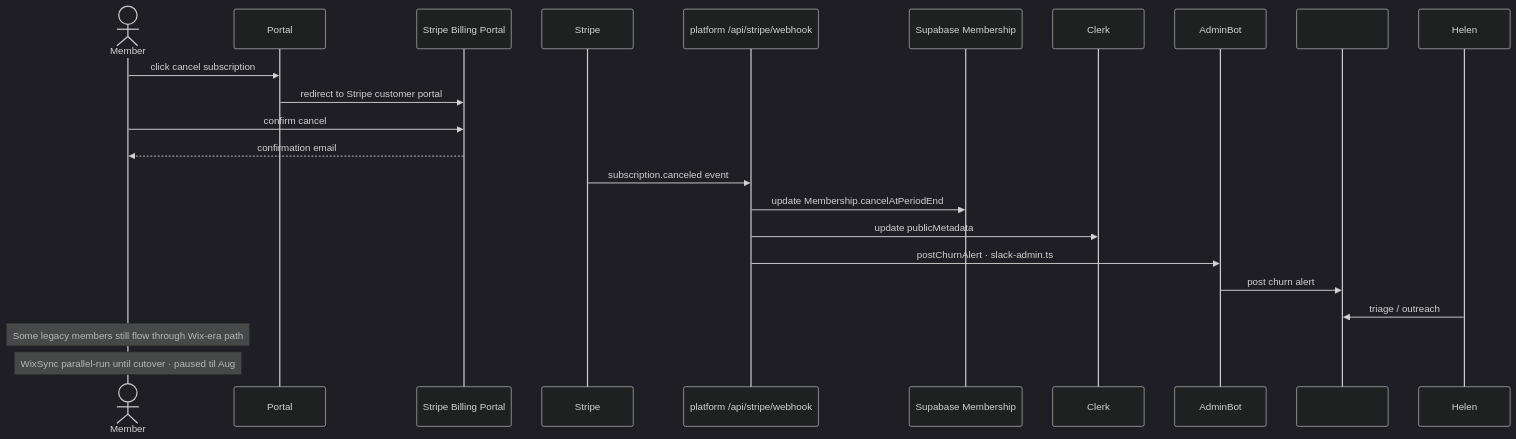
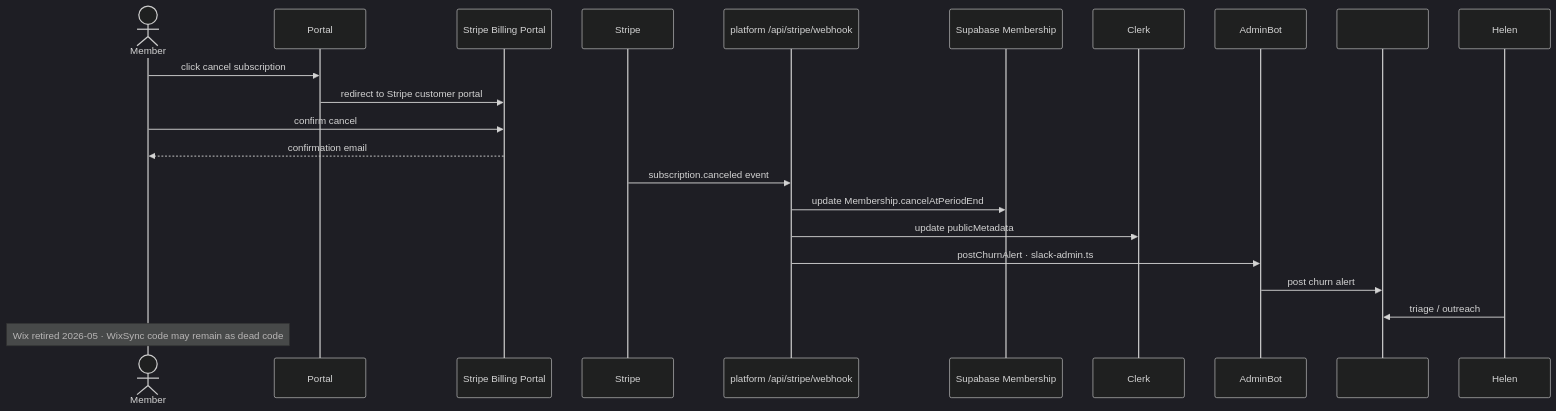
The eighth of 14 diagrams in dev-agent/design/team-os/pass-1/02-process-flows.md (mgbotoe/agents), drawn with Mermaid (dark theme) before and after one commit. The commit also changed other lines of this file and 5 other files, not shown here.

````diff
--- a/dev-agent/design/team-os/pass-1/02-process-flows.md
+++ b/dev-agent/design/team-os/pass-1/02-process-flows.md
@@ -307,26 +309,25 @@
 ```mermaid
 sequenceDiagram
  actor M as Member
  participant Portal
  participant StripePortal as Stripe Billing Portal
  participant Stripe
  participant WebhookHandler as platform /api/stripe/webhook
  participant DB as Supabase Membership
  participant Clerk
  participant AdminBot
  participant AdminCh as #devops-admin-mgmt
  participant Helen
 
  M->>Portal: click cancel subscription
  Portal->>StripePortal: redirect to Stripe customer portal
  M->>StripePortal: confirm cancel
  StripePortal-->>M: confirmation email
  Stripe->>WebhookHandler: subscription.canceled event
  WebhookHandler->>DB: update Membership.cancelAtPeriodEnd
  WebhookHandler->>Clerk: update publicMetadata
  WebhookHandler->>AdminBot: postChurnAlert · slack-admin.ts
  AdminBot->>AdminCh: post churn alert
  Helen->>AdminCh: triage / outreach
- Note over M: Some legacy members still flow through Wix-era path
- Note over M: WixSync parallel-run until cutover · paused til Aug
+ Note over M: Wix retired 2026-05 · WixSync code may remain as dead code
 ```
````
